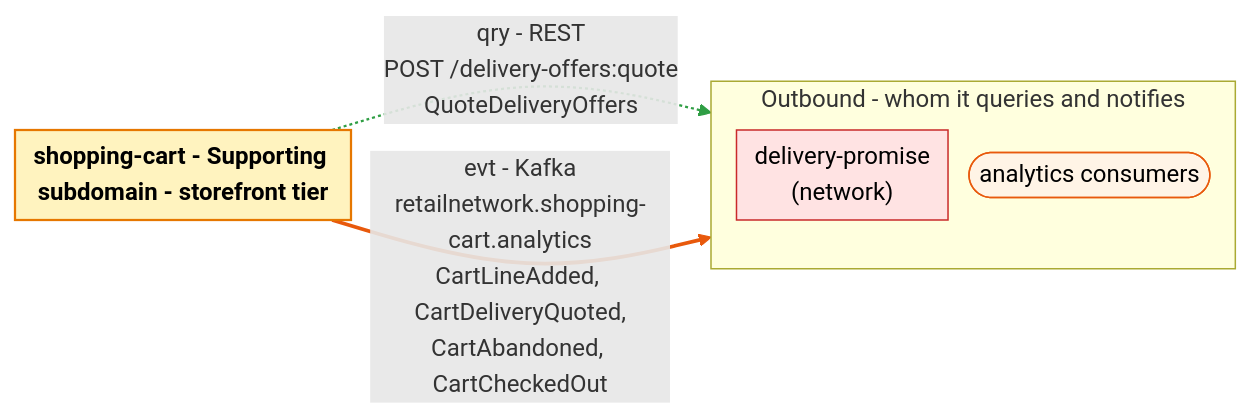
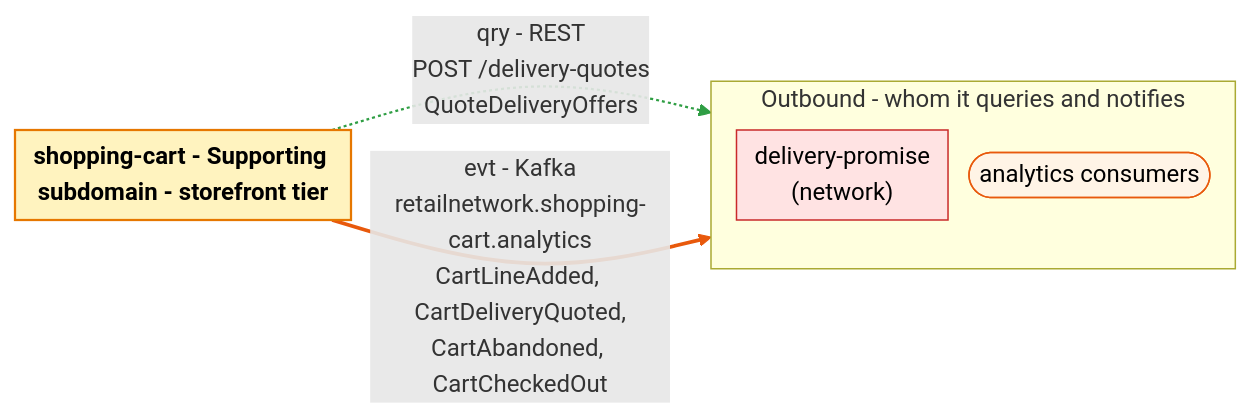
The second of 2 diagrams in storefront/docs/contexts/shopping-cart/bounded-context-canvas.md (IQVO/warehouse-docs), drawn with Mermaid before and after one commit. The commit also changed other lines of this file and 272 other files, not shown here.

````diff
--- a/storefront/docs/contexts/shopping-cart/bounded-context-canvas.md
+++ b/storefront/docs/contexts/shopping-cart/bounded-context-canvas.md
@@ -70,18 +70,18 @@
 ```mermaid
 %%{init: {"flowchart": {"nodeSpacing": 14, "rankSpacing": 40, "padding": 6}}}%%
 flowchart LR
     classDef bc fill:#fff3bf,stroke:#e67700,stroke-width:1.5px,color:#000
     classDef ctx fill:#e7f5ff,stroke:#1c7ed6,color:#000
     classDef actor fill:#fff4e6,stroke:#e8590c,color:#000
     classDef net fill:#ffe3e3,stroke:#c92a2a,color:#000
     BC["<b>shopping-cart - Supporting subdomain - storefront tier</b>"]:::bc
     subgraph OUT["Outbound - whom it queries and notifies"]
         direction TB
         out0["delivery-promise<br/>(network)"]:::net
         out1(["analytics consumers"]):::actor
     end
-    BC -.->|"qry - REST<br/>POST /delivery-offers:quote<br/>QuoteDeliveryOffers"| out0
+    BC -.->|"qry - REST<br/>POST /delivery-quotes<br/>QuoteDeliveryOffers"| out0
     BC ==>|"evt - Kafka<br/>retailnetwork.shopping-cart.analytics<br/>CartLineAdded, CartDeliveryQuoted,<br/>CartAbandoned, CartCheckedOut"| out1
     linkStyle 0 stroke:#2f9e44,stroke-width:1.5px
     linkStyle 1 stroke:#e8590c,stroke-width:2.5px
 ```
````
